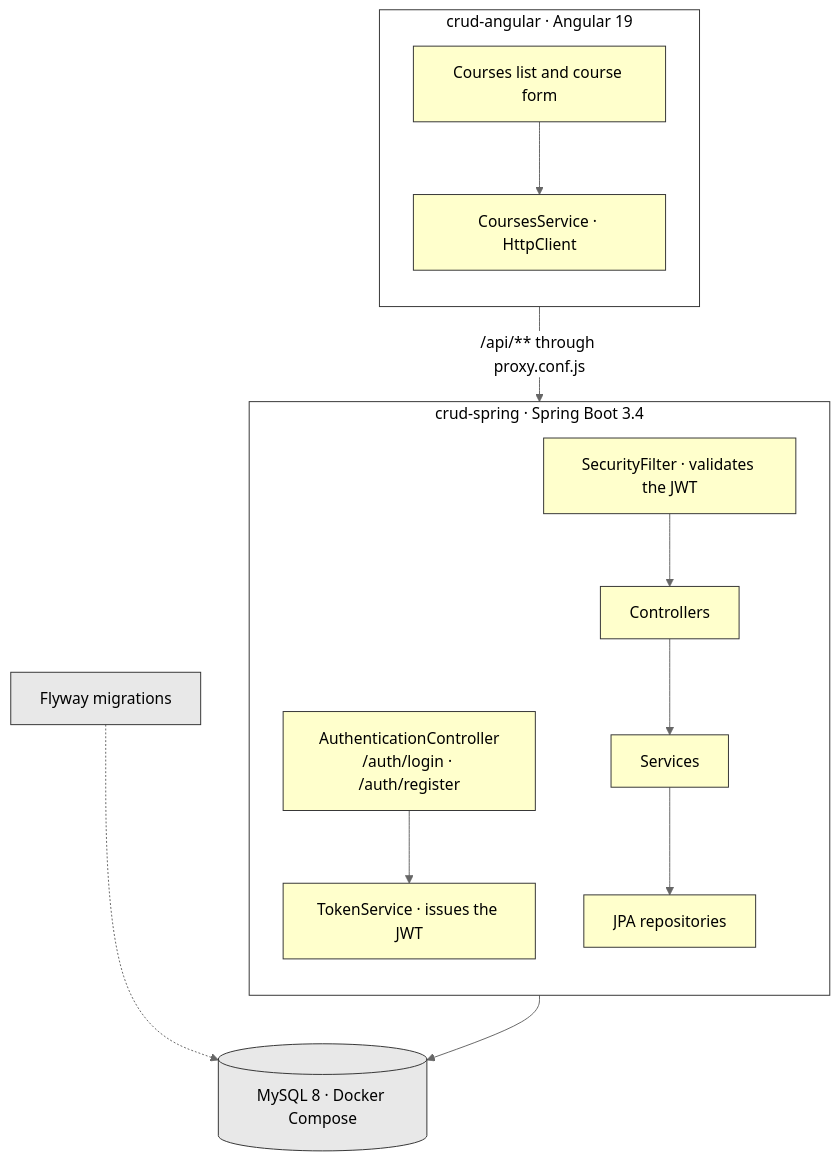
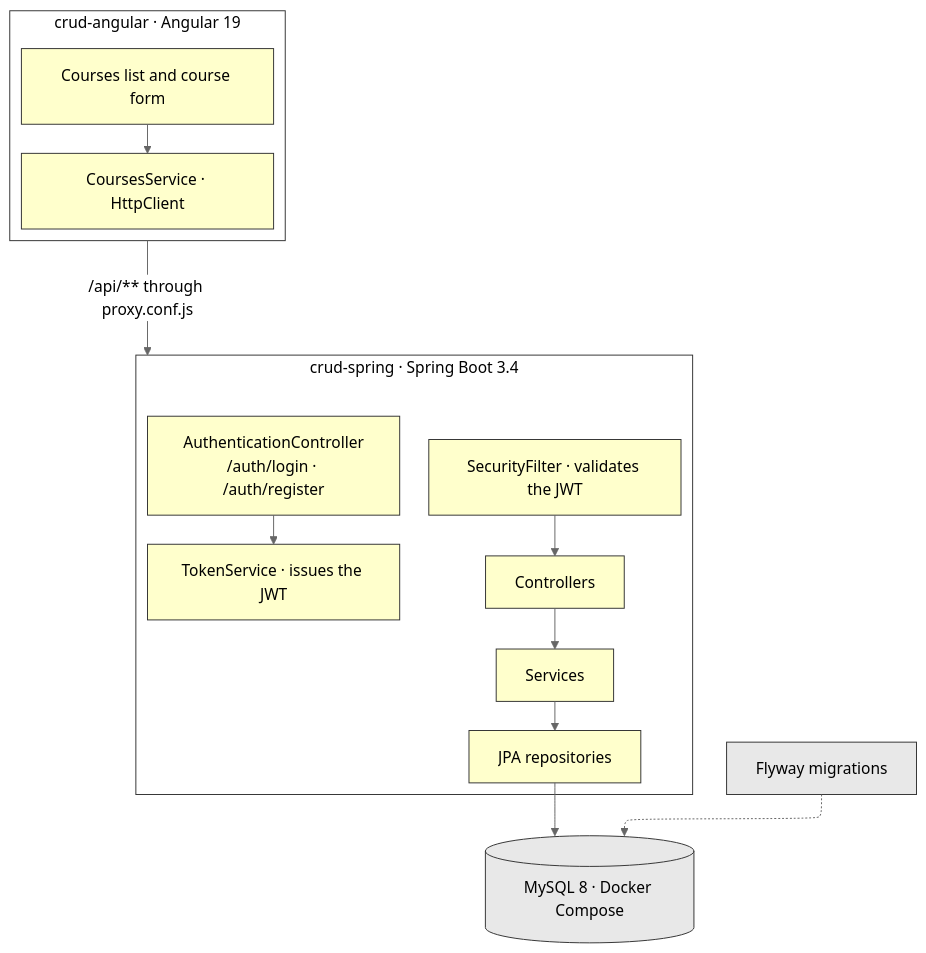
The diagram in docs/architecture.mmd (nathan00pdl/crud-angular-spring), drawn with Mermaid (neutral theme) before and after one commit. The commit also changed 3 other files, not shown here.

```diff
--- a/docs/architecture.mmd
+++ b/docs/architecture.mmd
@@ -1,28 +1,32 @@
+---
+config:
+  layout: elk
+---
 flowchart TB
     subgraph FE["crud-angular · Angular 19"]
         direction TB
         UI["Courses list and course form"] --> SVC["CoursesService · HttpClient"]
     end
-    SVC -- "/api/** through proxy.conf.js" --> SF
+    FE -- "/api/** through proxy.conf.js" --> BE
     subgraph BE["crud-spring · Spring Boot 3.4"]
         direction TB
         AUTH["AuthenticationController<br/>/auth/login · /auth/register"] --> TOK["TokenService · issues the JWT"]
         SF["SecurityFilter · validates the JWT"] --> CTRL["Controllers"]
         CTRL --> SERV["Services"]
         SERV --> REPO["JPA repositories"]
     end
     REPO --> DB[("MySQL 8 · Docker Compose")]
     FW["Flyway migrations"] -.-> DB
 
     style UI fill:#FFFFCC,stroke:#333333,color:#000000
     style SVC fill:#FFFFCC,stroke:#333333,color:#000000
     style SF fill:#FFFFCC,stroke:#333333,color:#000000
     style CTRL fill:#FFFFCC,stroke:#333333,color:#000000
     style AUTH fill:#FFFFCC,stroke:#333333,color:#000000
     style TOK fill:#FFFFCC,stroke:#333333,color:#000000
     style SERV fill:#FFFFCC,stroke:#333333,color:#000000
     style REPO fill:#FFFFCC,stroke:#333333,color:#000000
     style DB fill:#E8E8E8,stroke:#333333,color:#000000
     style FW fill:#E8E8E8,stroke:#333333,color:#000000
     style FE fill:#FFFFFF,stroke:#333333,color:#000000
     style BE fill:#FFFFFF,stroke:#333333,color:#000000
```
